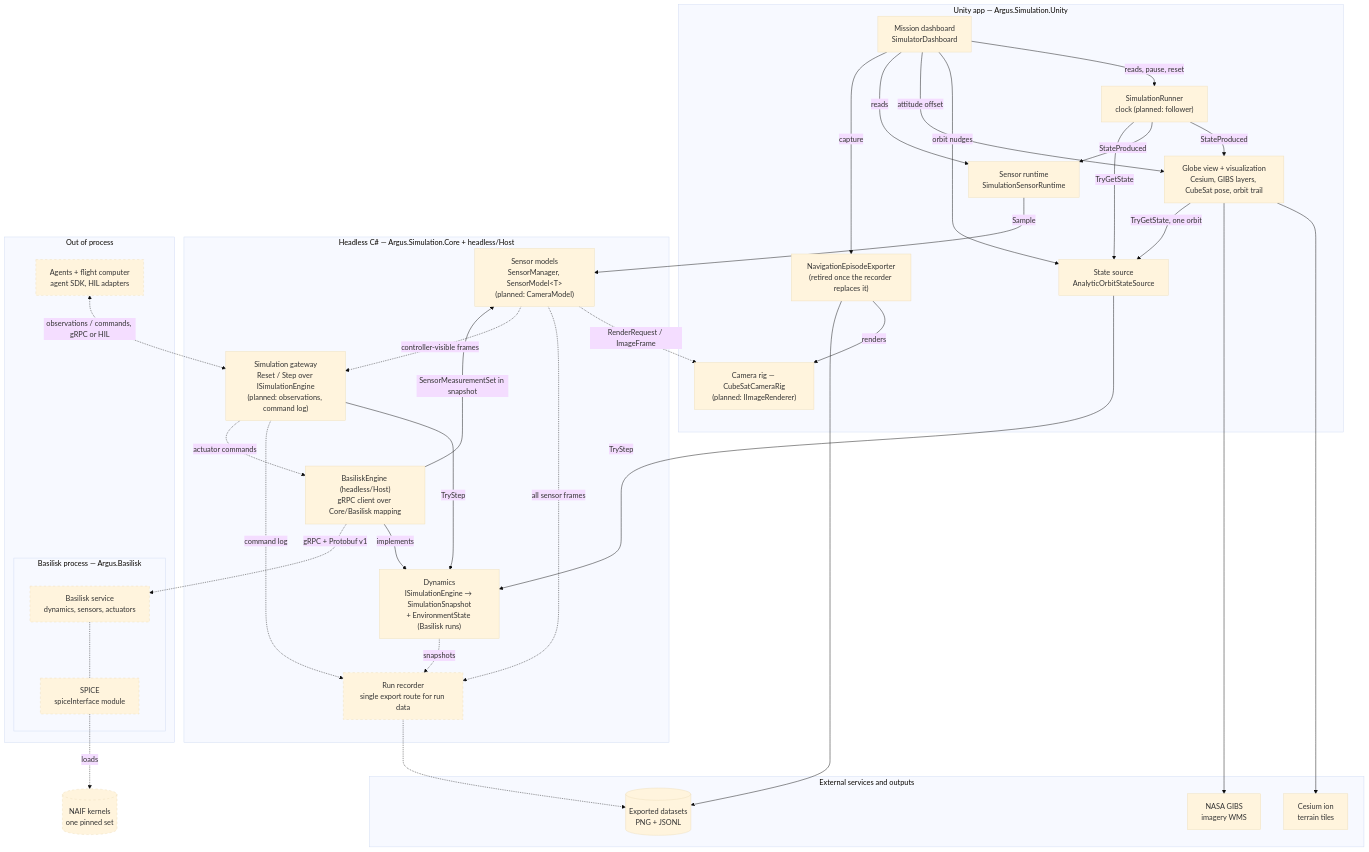
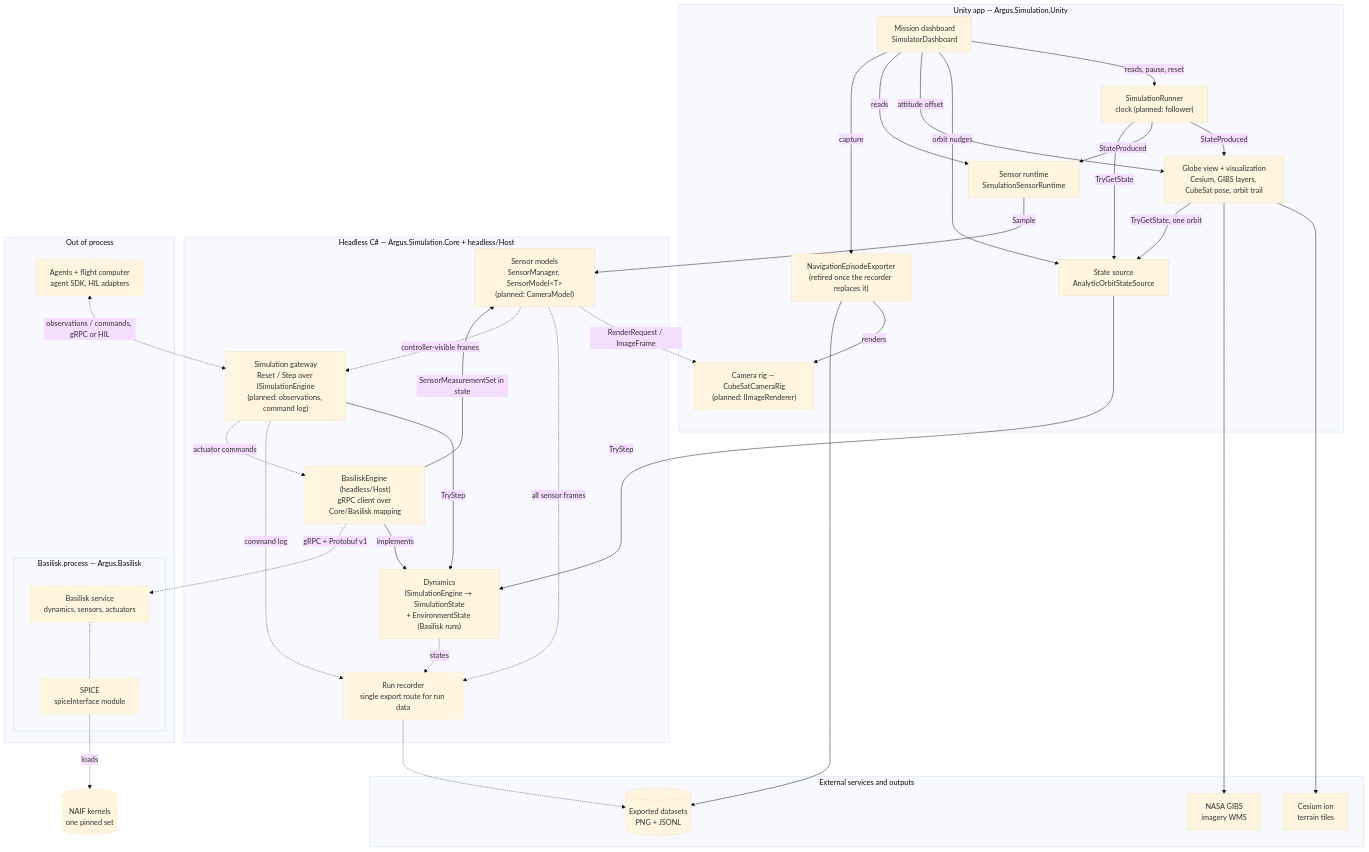
Before and after one commit to cmu-argus-2/argus_simulation: the first of 2 diagrams in docs/target-architecture.md, drawn with Mermaid (base theme). The commit also changed other lines of this file and 33 other files, not shown here.

First line of the commit message:
refactor: rename SimulationSnapshot to SimulationState

````diff
--- a/docs/target-architecture.md
+++ b/docs/target-architecture.md
@@ -20,70 +20,70 @@
 ```mermaid
 flowchart TB
     subgraph EXT["External services and outputs"]
         ion["Cesium ion<br/>terrain tiles"]
         gibs["NASA GIBS<br/>imagery WMS"]
         data[("Exported datasets<br/>PNG + JSONL")]
     end
 
     subgraph UNITY["Unity app — Argus.Simulation.Unity"]
         globe["Globe view + visualization<br/>Cesium, GIBS layers, CubeSat pose, orbit trail"]
         camr["Camera rig — CubeSatCameraRig<br/>(planned: IImageRenderer)"]
         runner["SimulationRunner<br/>clock (planned: follower)"]
         src["State source<br/>AnalyticOrbitStateSource"]
         sens["Sensor runtime<br/>SimulationSensorRuntime"]
         dash["Mission dashboard<br/>SimulatorDashboard"]
         exporter["NavigationEpisodeExporter<br/>(retired once the recorder replaces it)"]
     end
 
     subgraph CORE["Headless C# — Argus.Simulation.Core + headless/Host"]
-        dyn["Dynamics<br/>ISimulationEngine → SimulationSnapshot<br/>+ EnvironmentState (Basilisk runs)"]
+        dyn["Dynamics<br/>ISimulationEngine → SimulationState<br/>+ EnvironmentState (Basilisk runs)"]
         smod["Sensor models<br/>SensorManager, SensorModel&lt;T&gt;<br/>(planned: CameraModel)"]
         gate["Simulation gateway<br/>Reset / Step over ISimulationEngine<br/>(planned: observations, command log)"]
         beng["BasiliskEngine (headless/Host)<br/>gRPC client over Core/Basilisk mapping"]
         rec["Run recorder<br/>single export route for run data"]
     end
 
     subgraph OOP["Out of process"]
         subgraph BSKP["Basilisk process — Argus.Basilisk"]
             bsk["Basilisk service<br/>dynamics, sensors, actuators"]
             spice["SPICE<br/>spiceInterface module"]
         end
         agents["Agents + flight computer<br/>agent SDK, HIL adapters"]
     end
 
     naif[("NAIF kernels<br/>one pinned set")]
 
     globe --> ion
     globe --> gibs
     runner -->|StateProduced| globe
     runner -->|StateProduced| sens
     runner -->|TryGetState| src
     globe -->|TryGetState, one orbit| src
     dash -->|reads, pause, reset| runner
     dash -->|orbit nudges| src
     dash -->|attitude offset| globe
     dash -->|reads| sens
     dash -->|capture| exporter
     src -->|TryStep| dyn
     sens -->|Sample| smod
     gate -->|TryStep| dyn
     exporter -->|renders| camr
     exporter --> data
 
     smod -.->|RenderRequest / ImageFrame| camr
     beng -->|implements| dyn
-    beng -->|SensorMeasurementSet in snapshot| smod
+    beng -->|SensorMeasurementSet in state| smod
     beng -.->|gRPC + Protobuf v1| bsk
     bsk -.- spice
     spice -.->|loads| naif
-    dyn -.->|snapshots| rec
+    dyn -.->|states| rec
     smod -.->|all sensor frames| rec
     smod -.->|controller-visible frames| gate
     gate -.->|command log| rec
     gate -.->|actuator commands| beng
     agents <-.->|observations / commands, gRPC or HIL| gate
     rec -.-> data
 
     classDef planned stroke-dasharray: 5 5
     class rec,bsk,spice,agents,naif planned
 ```
````
